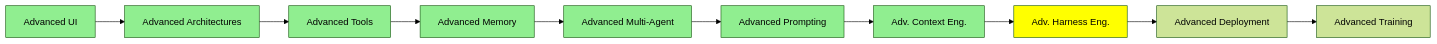
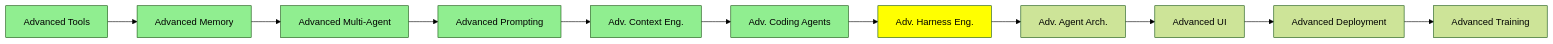
Before and after one commit to lokumai/ai-engineering-bazaar: the diagram in mini-courses/3_expert/advanced_harness_engineering.md, drawn with Mermaid (forest theme). The commit also changed 99 other files, not shown here.

````diff
--- a/mini-courses/3_expert/advanced_harness_engineering.md
+++ b/mini-courses/3_expert/advanced_harness_engineering.md
@@ -14,20 +14,20 @@
 ```mermaid
 graph LR
-    A[Advanced UI] --> B[Advanced Architectures]
-    B --> C[Advanced Tools]
-    C --> D[Advanced Memory]
-    D --> E[Advanced Multi-Agent]
-    E --> F[Advanced Prompting]
-    F --> G[Adv. Context Eng.]
-    G --> H[Adv. Harness Eng.]
-    H --> I[Advanced Deployment]
-    I --> J[Advanced Training]
+    A[Advanced Tools] --> B[Advanced Memory]
+    B --> C[Advanced Multi-Agent]
+    C --> D[Advanced Prompting]
+    D --> E[Adv. Context Eng.]
+    E --> F[Adv. Coding Agents]
+    F --> G[Adv. Harness Eng.]
+    G --> H[Adv. Agent Arch.]
+    H --> I[Advanced UI]
+    I --> J[Advanced Deployment]
+    J --> K[Advanced Training]
     style A fill:#90EE90
     style B fill:#90EE90
     style C fill:#90EE90
     style D fill:#90EE90
     style E fill:#90EE90
     style F fill:#90EE90
-    style G fill:#90EE90
-    style H fill:#FFFF00
+    style G fill:#FFFF00
 ```
````
